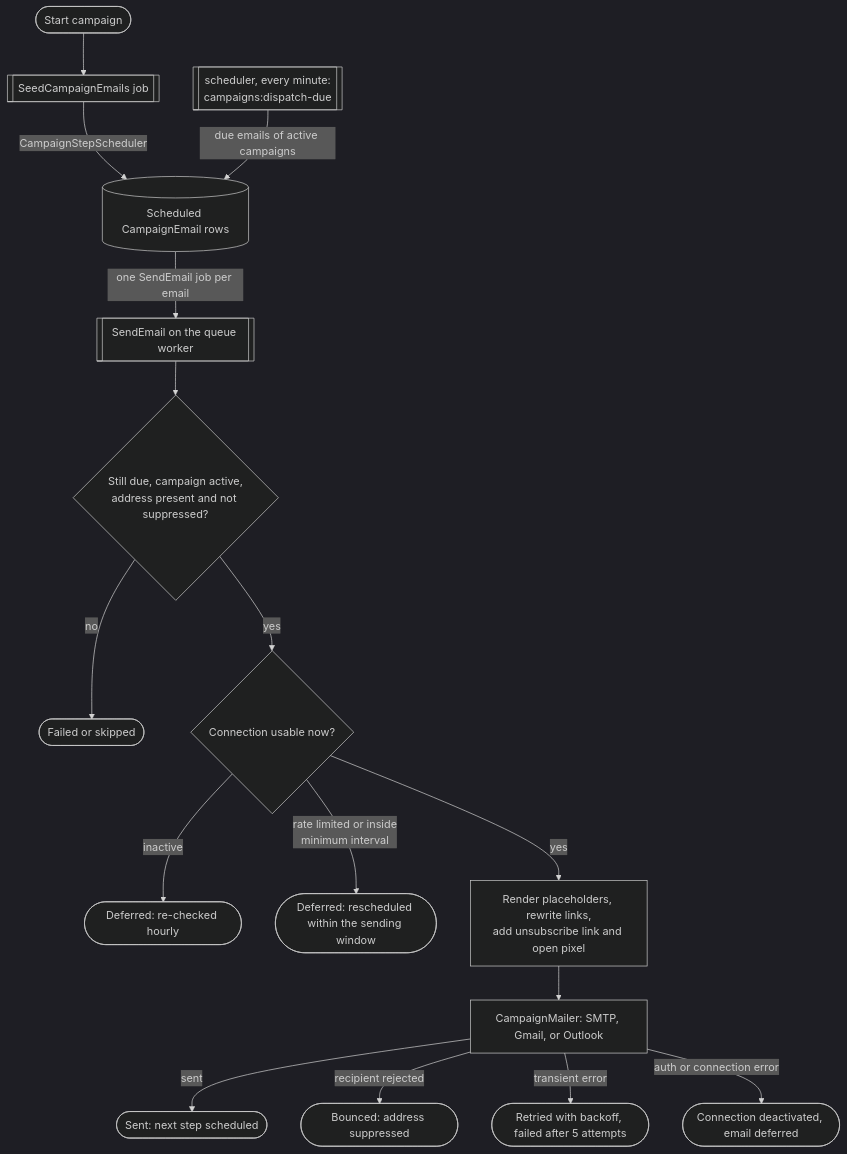
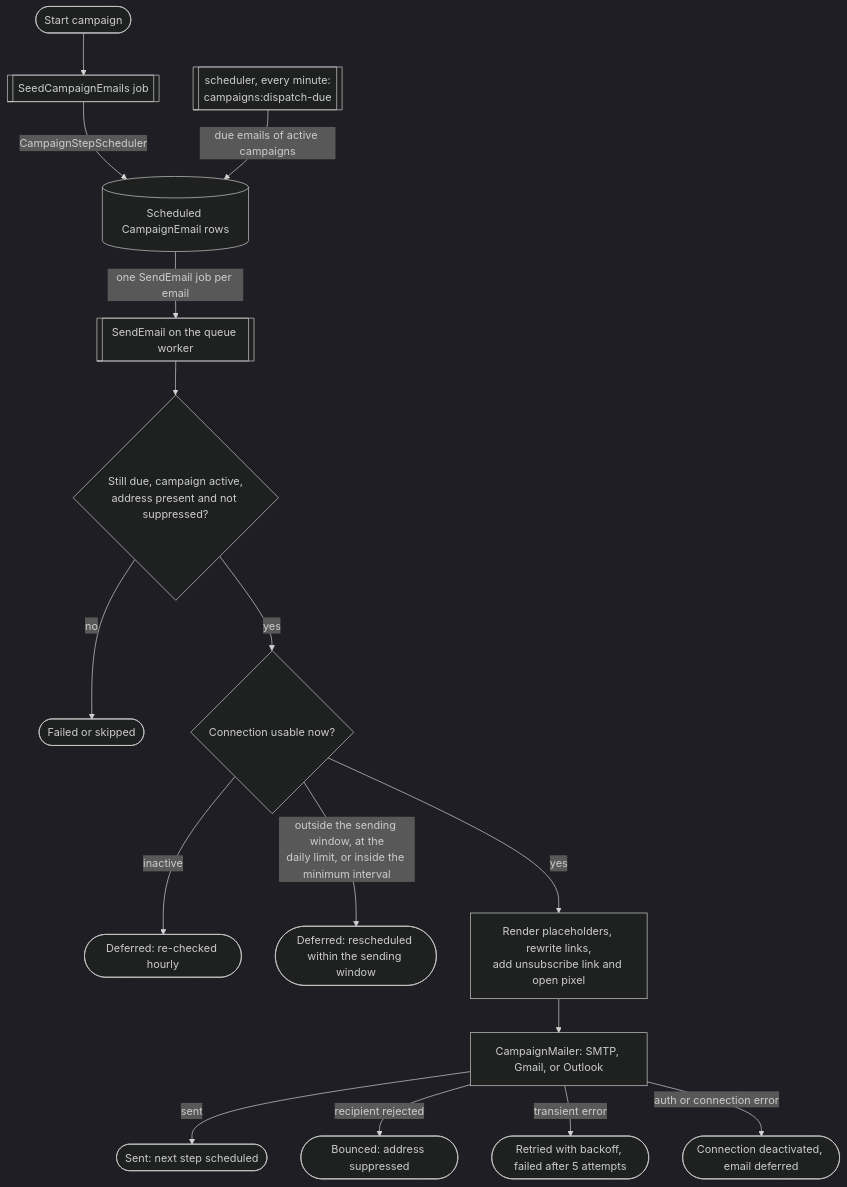
The second of 3 diagrams in docs/architecture.md (contactout/campaigns), drawn with Mermaid (dark theme) before and after one commit. The commit also changed other lines of this file and 2 other files, not shown here.

````diff
--- a/docs/architecture.md
+++ b/docs/architecture.md
@@ -57,19 +74,19 @@
 ```mermaid
 flowchart TD
     start([Start campaign]) --> seed[[SeedCampaignEmails job]]
     seed -->|CampaignStepScheduler| scheduled[(Scheduled CampaignEmail rows)]
     cron[[scheduler, every minute:<br/>campaigns:dispatch-due]] -->|due emails of active campaigns| scheduled
     scheduled -->|one SendEmail job per email| job[[SendEmail on the queue worker]]
 
     job --> checks{Still due, campaign active,<br/>address present and not suppressed?}
     checks -->|no| failed([Failed or skipped])
     checks -->|yes| conn{Connection usable now?}
     conn -->|inactive| deferConn([Deferred: re-checked hourly])
-    conn -->|rate limited or inside<br/>minimum interval| deferLater([Deferred: rescheduled within the sending window])
+    conn -->|outside the sending window, at the<br/>daily limit, or inside the minimum interval| deferLater([Deferred: rescheduled within the sending window])
     conn -->|yes| render[Render placeholders, rewrite links,<br/>add unsubscribe link and open pixel]
     render --> mailer[CampaignMailer: SMTP, Gmail, or Outlook]
     mailer -->|sent| next([Sent: next step scheduled])
     mailer -->|recipient rejected| bounced([Bounced: address suppressed])
     mailer -->|transient error| retry([Retried with backoff, failed after 5 attempts])
     mailer -->|auth or connection error| deactivated([Connection deactivated, email deferred])
 ```
````
